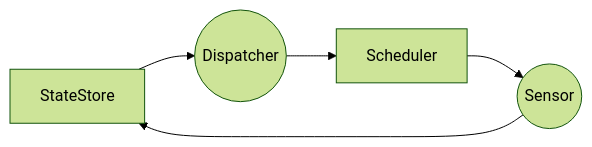
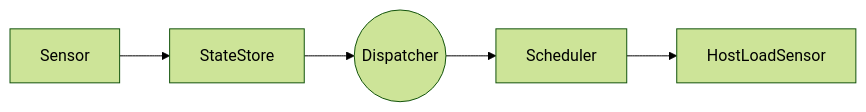
One commit to asbjornenge/dux changed the diagram in sensors.mermaid. Above: the diagram before and after it, drawn with Mermaid (forest theme). The commit also changed 1 other file, not shown here.

Commit message:
Updates about dispatcher and sensor design

```diff
--- a/sensors.mermaid
+++ b/sensors.mermaid
@@ -1,11 +1,11 @@
 graph LR;
 
 	StateStore;
 	Dispatcher((Dispatcher));
 	Scheduler;
-    HostLoadSensor((Sensor));
+    Sensor;
 
 	StateStore --> Dispatcher
 	Dispatcher --> Scheduler
     Scheduler --> HostLoadSensor 
-    HostLoadSensor --> StateStore 
+    Sensor --> StateStore 
```
